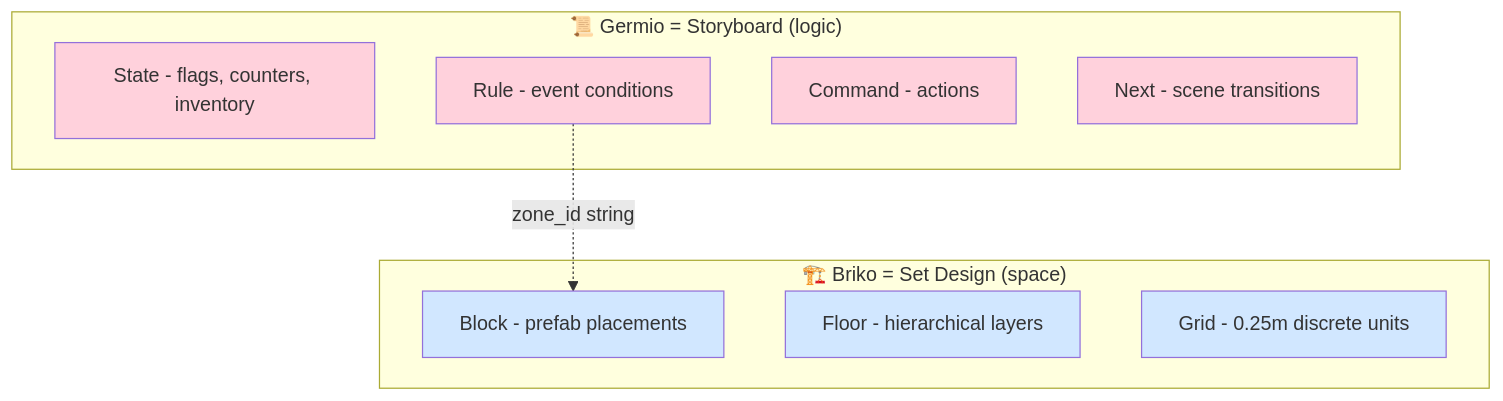
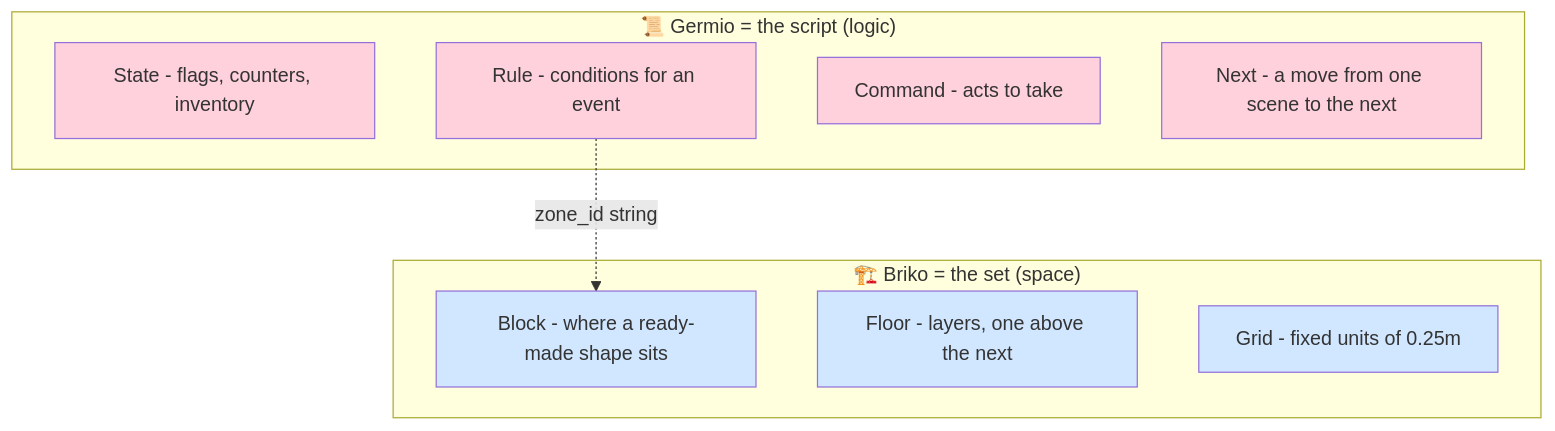
Before and after one commit to hiroxpepe/briko: the third of 11 diagrams in README.md, drawn with Mermaid. The commit also changed other lines of this file and 1 other file, not shown here.

````diff
--- a/README.md
+++ b/README.md
@@ -96,25 +117,25 @@
 ```mermaid
 graph TB
-    subgraph Germio["📜 Germio = Storyboard (logic)"]
+    subgraph Germio["📜 Germio = the script (logic)"]
         G1[State - flags, counters, inventory]
-        G2[Rule - event conditions]
-        G3[Command - actions]
-        G4[Next - scene transitions]
+        G2[Rule - conditions for an event]
+        G3[Command - acts to take]
+        G4[Next - a move from one scene to the next]
     end
 
-    subgraph Briko["🏗️ Briko = Set Design (space)"]
-        B1[Block - prefab placements]
-        B2[Floor - hierarchical layers]
-        B3[Grid - 0.25m discrete units]
+    subgraph Briko["🏗️ Briko = the set (space)"]
+        B1[Block - where a ready-made shape sits]
+        B2[Floor - layers, one above the next]
+        B3[Grid - fixed units of 0.25m]
     end
 
     G2 -.zone_id string.-> B1
 
     style G1 fill:#ffd1dc
     style G2 fill:#ffd1dc
     style G3 fill:#ffd1dc
     style G4 fill:#ffd1dc
     style B1 fill:#d1e7ff
     style B2 fill:#d1e7ff
     style B3 fill:#d1e7ff
 ```
````
